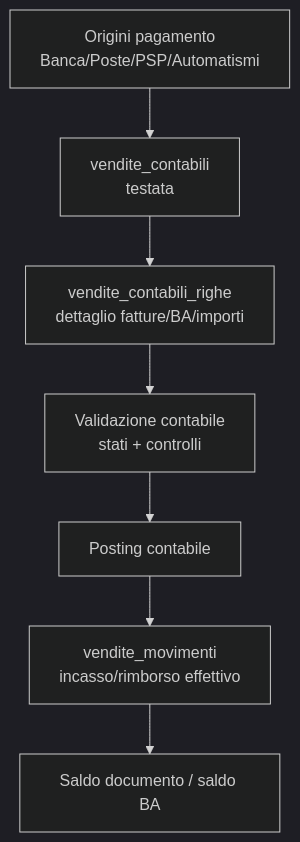
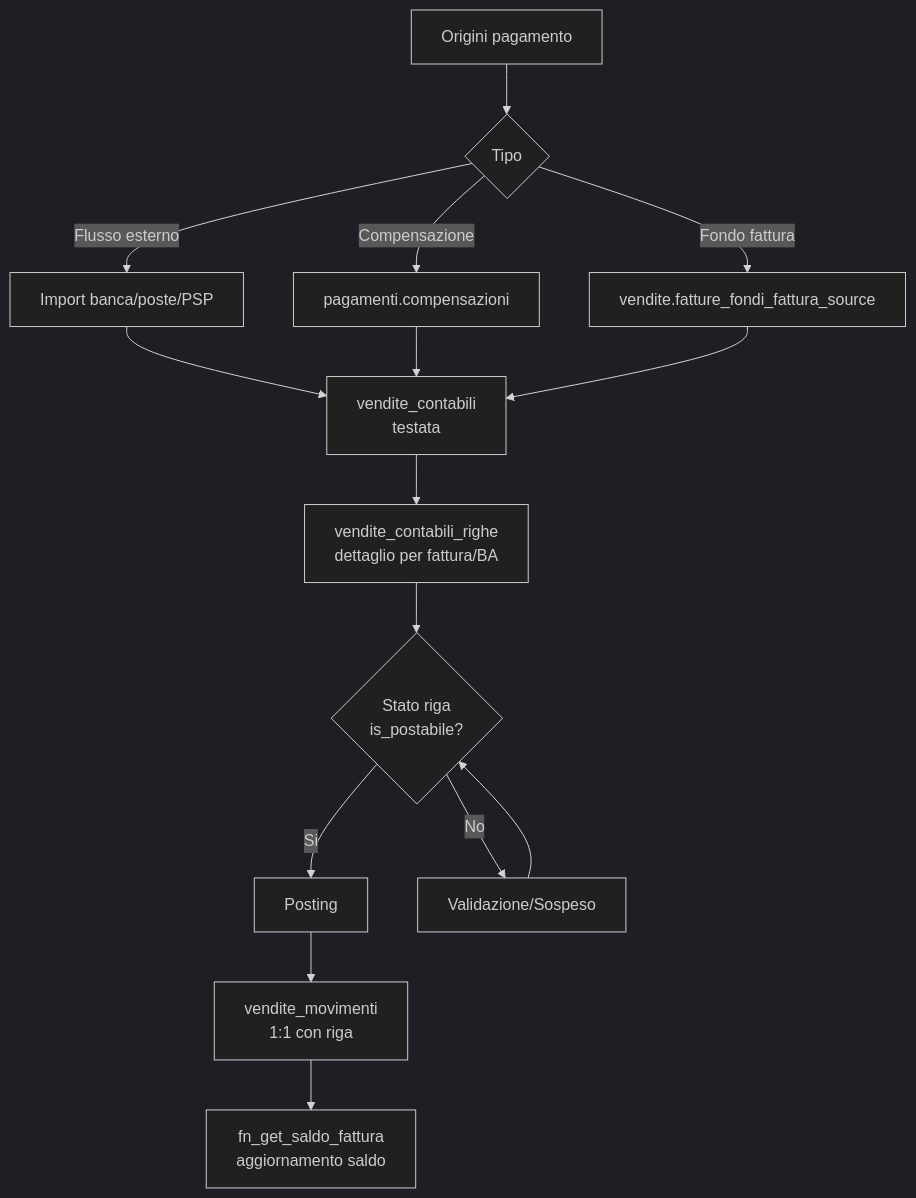
Before and after one commit to Tito-it/ZeroErp: the first of 3 diagrams in docs/it/guide/gestione-dei-pagamenti.md, drawn with Mermaid (dark theme). The commit also changed other lines of this file and 12 other files, not shown here.

````diff
--- a/docs/it/guide/gestione-dei-pagamenti.md
+++ b/docs/it/guide/gestione-dei-pagamenti.md
@@ -51,9 +531,17 @@
 ```mermaid
 flowchart TD
-  A[Origini pagamento<br/>Banca/Poste/PSP/Automatismi] --> B[vendite_contabili<br/>testata]
-  B --> C[vendite_contabili_righe<br/>dettaglio fatture/BA/importi]
-  C --> D[Validazione contabile<br/>stati + controlli]
-  D --> E[Posting contabile]
-  E --> F[vendite_movimenti<br/>incasso/rimborso effettivo]
-  F --> G[Saldo documento / saldo BA]
+  A[Origini pagamento] --> B{Tipo}
+  B -->|Flusso esterno| C[Import banca/poste/PSP]
+  B -->|Compensazione| D[pagamenti.compensazioni]
+  B -->|Fondo fattura| E[vendite.fatture_fondi_fattura_source]
+  C --> F[vendite_contabili<br/>testata]
+  D --> F
+  E --> F
+  F --> G[vendite_contabili_righe<br/>dettaglio per fattura/BA]
+  G --> H{Stato riga<br/>is_postabile?}
+  H -->|Si| I[Posting]
+  H -->|No| J[Validazione/Sospeso]
+  J --> H
+  I --> K[vendite_movimenti<br/>1:1 con riga]
+  K --> L[fn_get_saldo_fattura<br/>aggiornamento saldo]
 ```
````
